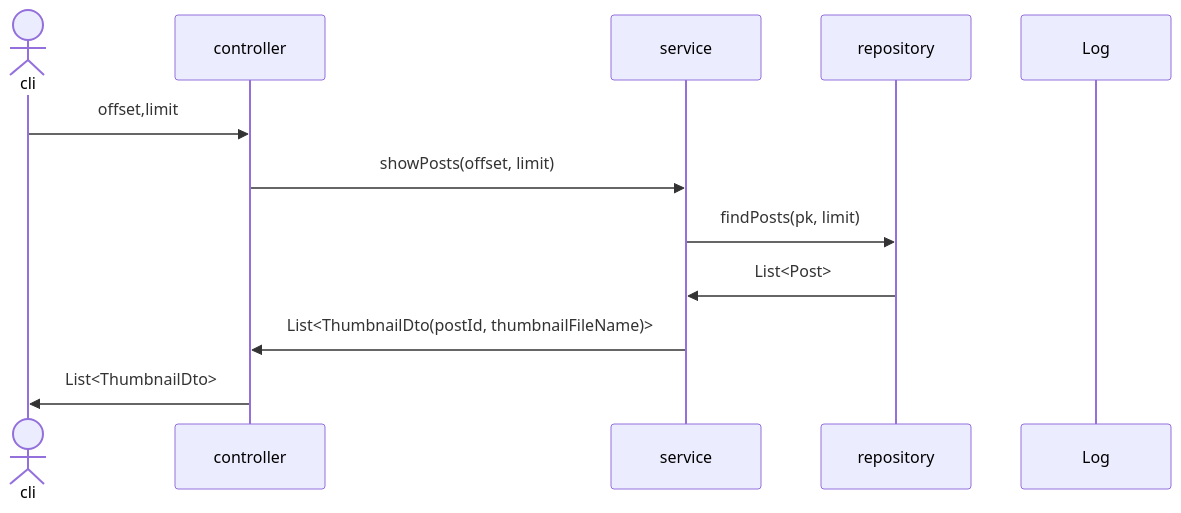
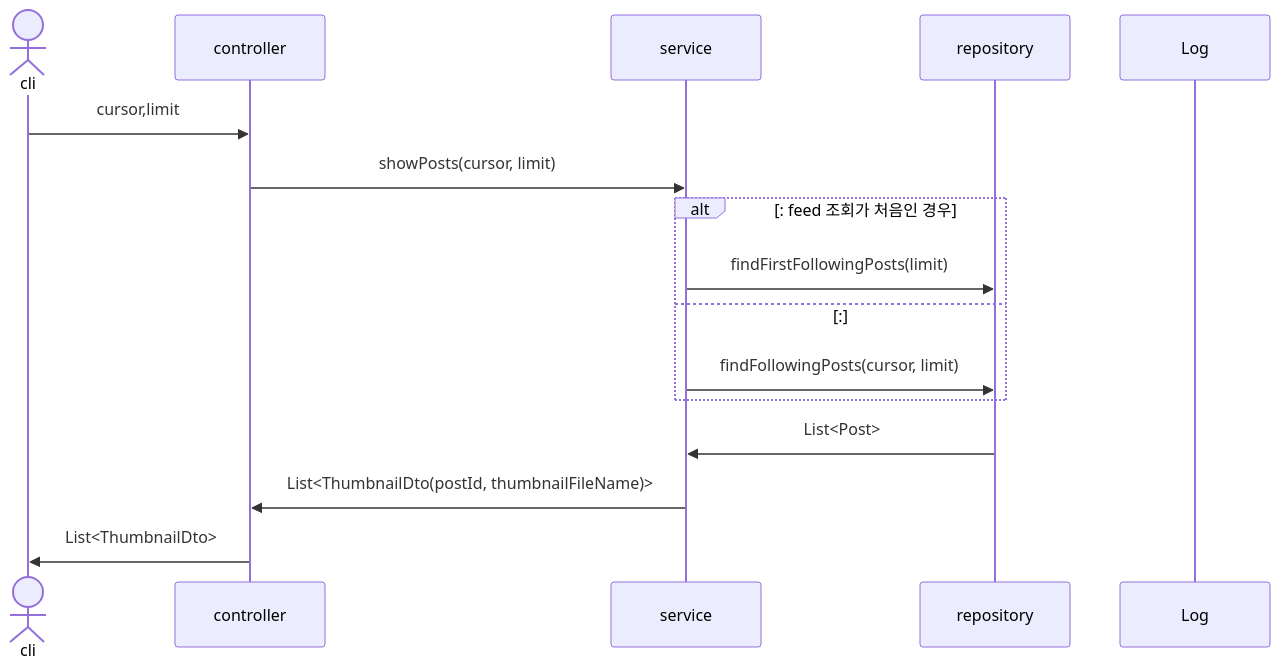
One commit to mtak0235/snsX changed diagram 30 of 37 in sequence.md. Above: the diagram before and after it, drawn with Mermaid. The commit also changed other lines of this file and 5 other files, not shown here.

````diff
--- a/sequence.md
+++ b/sequence.md
@@ -841,15 +795,19 @@
 ```mermaid
 sequenceDiagram
 actor cli
 participant c as controller
 participant s as service
 participant r as repository
 participant l as Log
 # 매번 새로운 것을 보여줘야함
-cli->>c: offset,limit
-c->>s: showPosts(offset, limit)
-s->>r: findPosts(pk, limit)
+cli->>c: cursor,limit
+c->>s: showPosts(cursor, limit)
+alt: feed 조회가 처음인 경우
+s->>r: findFirstFollowingPosts(limit)
+else:
+s->>r: findFollowingPosts(cursor, limit)
+end
 r->>s: List<Post>
 s->>c: List<ThumbnailDto(postId, thumbnailFileName)>
 c->>cli: List<ThumbnailDto>
 ```
````
